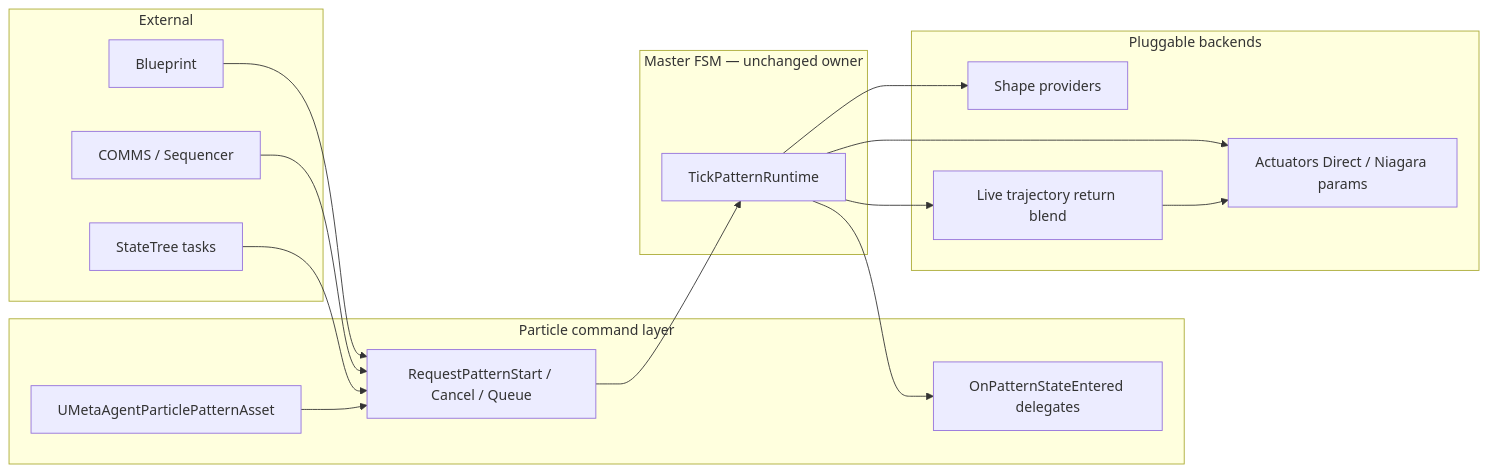
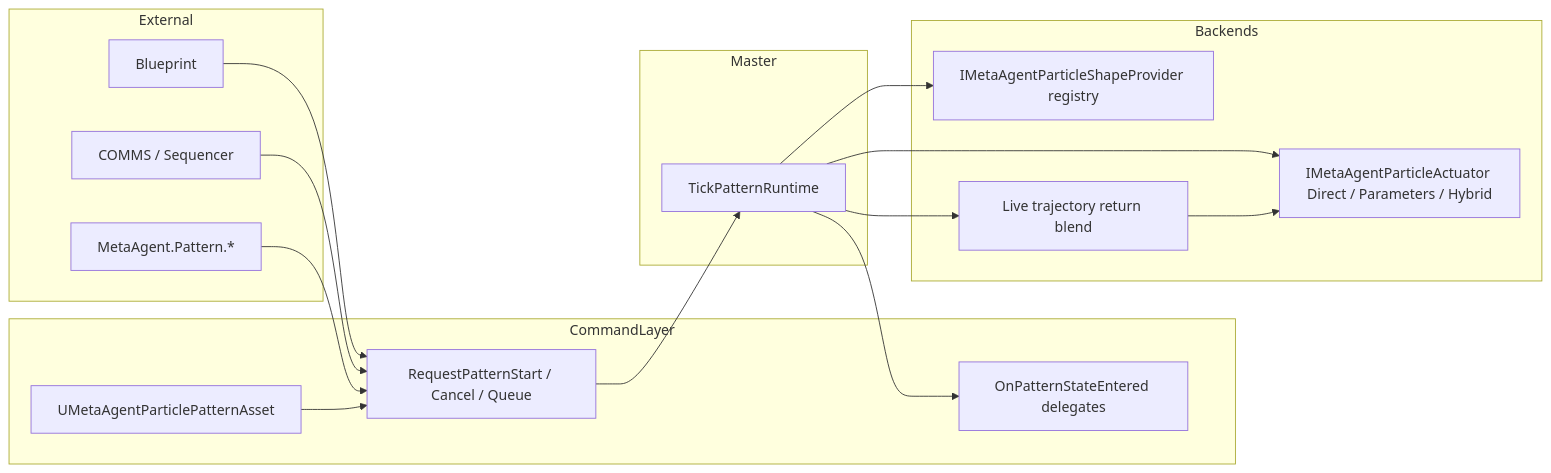
Before and after one commit to vecnode/metaagent-ue5-plugin: diagram 14 of 14 in README.md, drawn with Mermaid. The commit also changed other lines of this file and 16 other files, not shown here.

````diff
--- a/README.md
+++ b/README.md
@@ -821,35 +832,35 @@
 ```mermaid
 flowchart LR
     subgraph External
         BP[Blueprint]
         COMMS[COMMS / Sequencer]
-        ST[StateTree tasks]
+        Console[MetaAgent.Pattern.*]
     end
 
-    subgraph Phase0to4["Particle command layer"]
+    subgraph CommandLayer
         CMD[RequestPatternStart / Cancel / Queue]
         Asset[UMetaAgentParticlePatternAsset]
         Events[OnPatternStateEntered delegates]
     end
 
-    subgraph Master["Master FSM — unchanged owner"]
+    subgraph Master
         FSM[TickPatternRuntime]
     end
 
-    subgraph Backends["Pluggable backends"]
-        Shapes[Shape providers]
-        Act[Actuators Direct / Niagara params]
+    subgraph Backends
+        Shapes[IMetaAgentParticleShapeProvider registry]
+        Act[IMetaAgentParticleActuator Direct / Parameters / Hybrid]
         Traj[Live trajectory return blend]
     end
 
     BP --> CMD
     COMMS --> CMD
-    ST --> CMD
+    Console --> CMD
     Asset --> CMD
     CMD --> FSM
     FSM --> Events
     FSM --> Shapes
     FSM --> Act
     FSM --> Traj
     Traj --> Act
 ```
````
